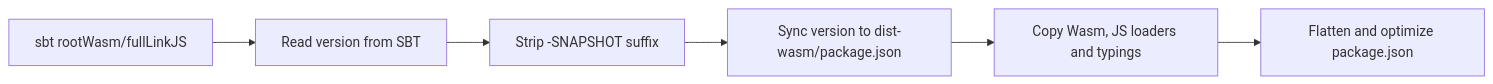
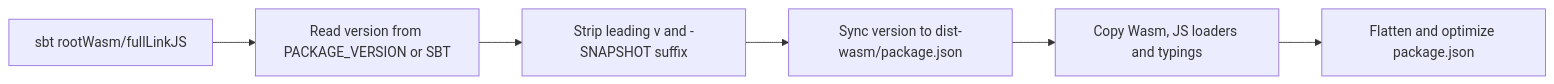
Before and after one commit to fortemate/dicechess-engine: the diagram in docs/src/content/docs/guidelines/npm-packaging.md, drawn with Mermaid. The commit also changed other lines of this file and 19 other files, not shown here.

````diff
--- a/docs/src/content/docs/guidelines/npm-packaging.md
+++ b/docs/src/content/docs/guidelines/npm-packaging.md
@@ -55,8 +55,8 @@
 ```mermaid
 graph LR
-    A["sbt rootWasm/fullLinkJS"] --> B["Read version from SBT"]
-    B --> C["Strip -SNAPSHOT suffix"]
+    A["sbt rootWasm/fullLinkJS"] --> B["Read version from PACKAGE_VERSION or SBT"]
+    B --> C["Strip leading v and -SNAPSHOT suffix"]
     C --> D["Sync version to dist-wasm/package.json"]
     D --> E["Copy Wasm, JS loaders and typings"]
     E --> F["Flatten and optimize package.json"]
 ```
````
